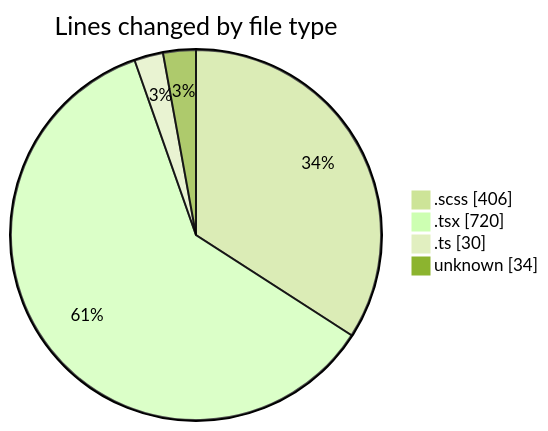
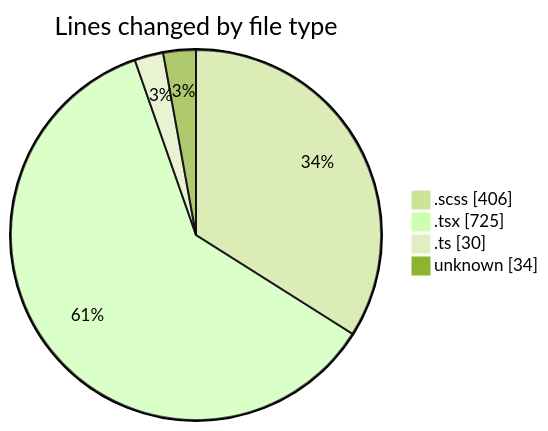
One commit to momahboobian/code-tracking changed the first of 2 diagrams in 2025-02-27/cda/README.md. Above: the diagram before and after it, drawn with Mermaid (forest theme). The commit also changed other lines of this file and 1 other file, not shown here.

````diff
--- a/2025-02-27/cda/README.md
+++ b/2025-02-27/cda/README.md
@@ -31,8 +31,8 @@
 ```mermaid
 pie showData
 title Lines changed by file type
 ".scss" : 406
-".tsx" : 720
+".tsx" : 725
 ".ts" : 30
 "unknown" : 34
 ```
````
